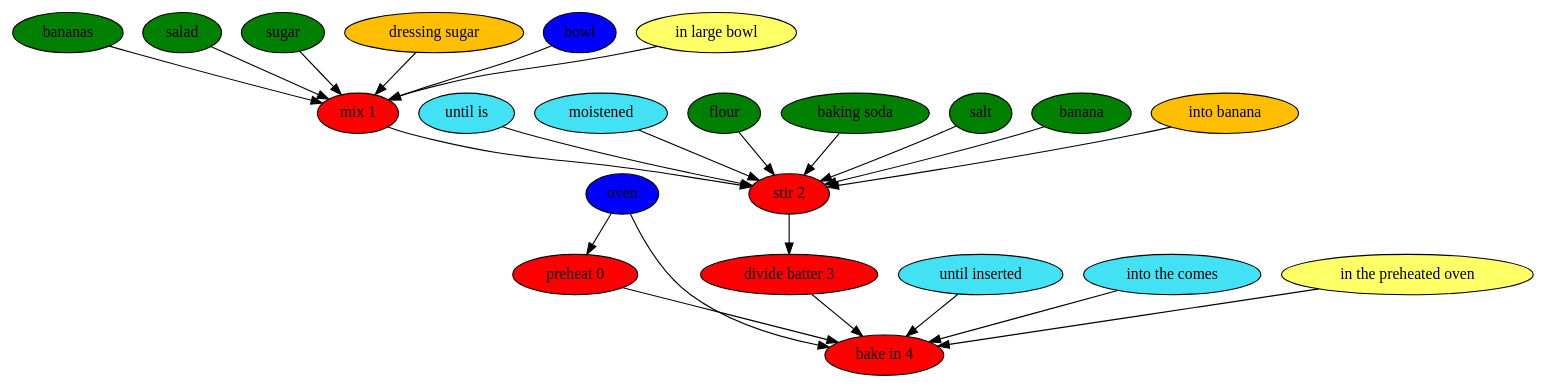
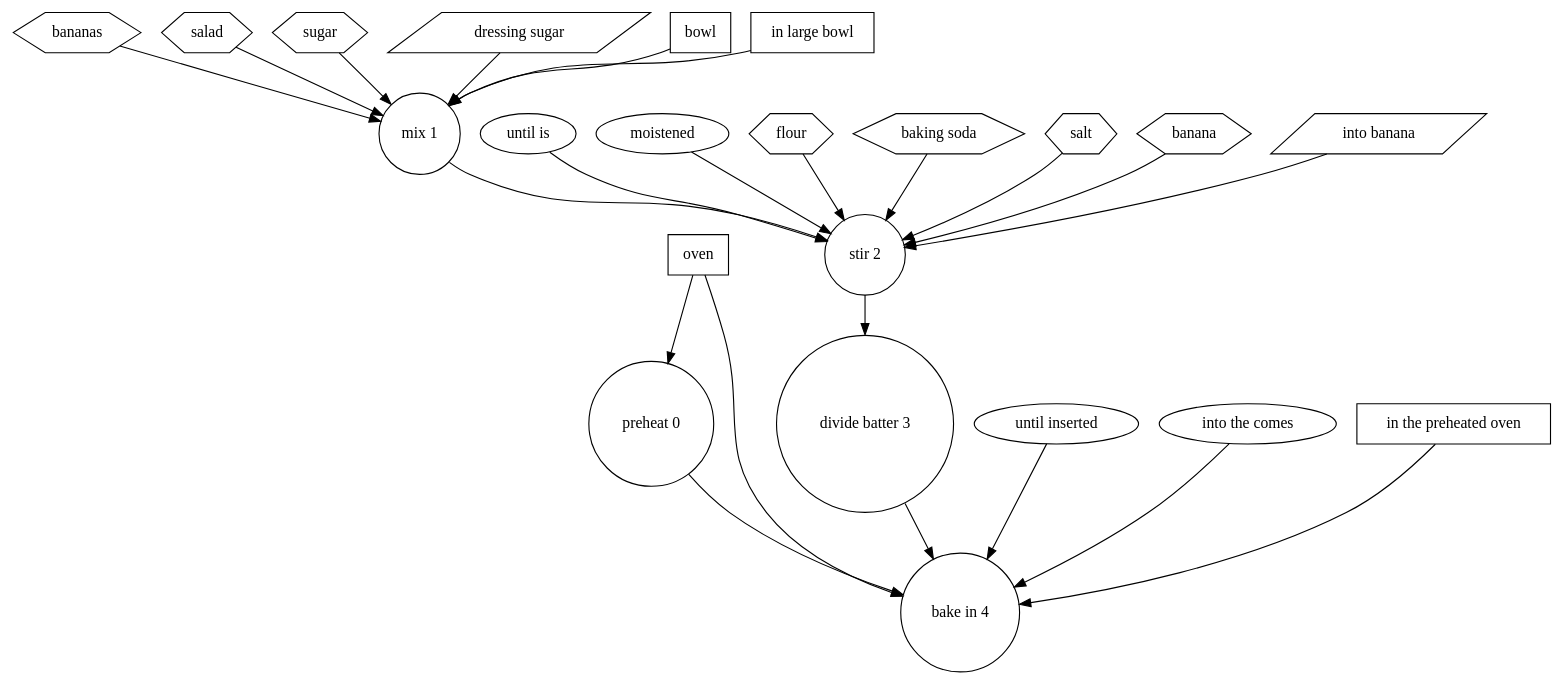
Before and after one commit to can-keklik/RecipePostagger: the diagram in results/paper3/easy-whole-wheat-banana-muffins.dot, drawn with Graphviz. The commit also changed 6 other files, not shown here.

```diff
--- a/results/paper3/easy-whole-wheat-banana-muffins.dot
+++ b/results/paper3/easy-whole-wheat-banana-muffins.dot
@@ -1,49 +1,49 @@
 digraph G {
-"preheat 0" [style=filled, fillcolor=red];
-oven [style=filled, fillcolor="#0000ff"];
+"preheat 0" [shape=circle, style=filled, fillcolor=white];
+oven [shape=box, style=filled, fillcolor=white];
 oven -> "preheat 0";
-"mix 1" [style=filled, fillcolor=red];
-bananas [style=filled, fillcolor=green];
+"mix 1" [shape=circle, style=filled, fillcolor=white];
+bananas [shape=hexagon, style=filled, fillcolor=white];
 bananas -> "mix 1";
-salad [style=filled, fillcolor=green];
+salad [shape=hexagon, style=filled, fillcolor=white];
 salad -> "mix 1";
-sugar [style=filled, fillcolor=green];
+sugar [shape=hexagon, style=filled, fillcolor=white];
 sugar -> "mix 1";
-"dressing sugar" [style=filled, fillcolor="#01DFA5"];
+"dressing sugar" [shape=hexagon, style=filled, fillcolor=white];
 "dressing sugar" -> "mix 1";
-bowl [style=filled, fillcolor="#0000ff"];
+bowl [shape=box, style=filled, fillcolor=white];
 bowl -> "mix 1";
-"in large bowl" [style=filled, fillcolor="#ffff66"];
+"in large bowl" [shape=rectangle, style=filled, fillcolor=white];
 "in large bowl" -> "mix 1";
-"dressing sugar" [style=filled, fillcolor="#FFBF00"];
-"stir 2" [style=filled, fillcolor=red];
-"until is" [style=filled, fillcolor="#42e2f4"];
+"dressing sugar" [shape=parallelogram, style=filled, fillcolor=white];
+"stir 2" [shape=circle, style=filled, fillcolor=white];
+"until is" [shape=ellipse, style=filled, fillcolor=white];
 "until is" -> "stir 2";
-moistened [style=filled, fillcolor="#42e2f4"];
+moistened [shape=ellipse, style=filled, fillcolor=white];
 moistened -> "stir 2";
-flour [style=filled, fillcolor=green];
+flour [shape=hexagon, style=filled, fillcolor=white];
 flour -> "stir 2";
-"baking soda" [style=filled, fillcolor=green];
+"baking soda" [shape=hexagon, style=filled, fillcolor=white];
 "baking soda" -> "stir 2";
-salt [style=filled, fillcolor=green];
+salt [shape=hexagon, style=filled, fillcolor=white];
 salt -> "stir 2";
-banana [style=filled, fillcolor=green];
+banana [shape=hexagon, style=filled, fillcolor=white];
 banana -> "stir 2";
-"into banana" [style=filled, fillcolor="#01DFA5"];
+"into banana" [shape=hexagon, style=filled, fillcolor=white];
 "into banana" -> "stir 2";
-"into banana" [style=filled, fillcolor="#FFBF00"];
-"divide batter 3" [style=filled, fillcolor=red];
-"bake in 4" [style=filled, fillcolor=red];
-"until inserted" [style=filled, fillcolor="#42e2f4"];
+"into banana" [shape=parallelogram, style=filled, fillcolor=white];
+"divide batter 3" [shape=circle, style=filled, fillcolor=white];
+"bake in 4" [shape=circle, style=filled, fillcolor=white];
+"until inserted" [shape=ellipse, style=filled, fillcolor=white];
 "until inserted" -> "bake in 4";
-"into the comes" [style=filled, fillcolor="#42e2f4"];
+"into the comes" [shape=ellipse, style=filled, fillcolor=white];
 "into the comes" -> "bake in 4";
-oven [style=filled, fillcolor="#0000ff"];
+oven [shape=box, style=filled, fillcolor=white];
 oven -> "bake in 4";
-"in the preheated oven" [style=filled, fillcolor="#ffff66"];
+"in the preheated oven" [shape=rectangle, style=filled, fillcolor=white];
 "in the preheated oven" -> "bake in 4";
 "preheat 0" -> "bake in 4";
 "mix 1" -> "stir 2";
 "stir 2" -> "divide batter 3";
 "divide batter 3" -> "bake in 4";
 }
```
